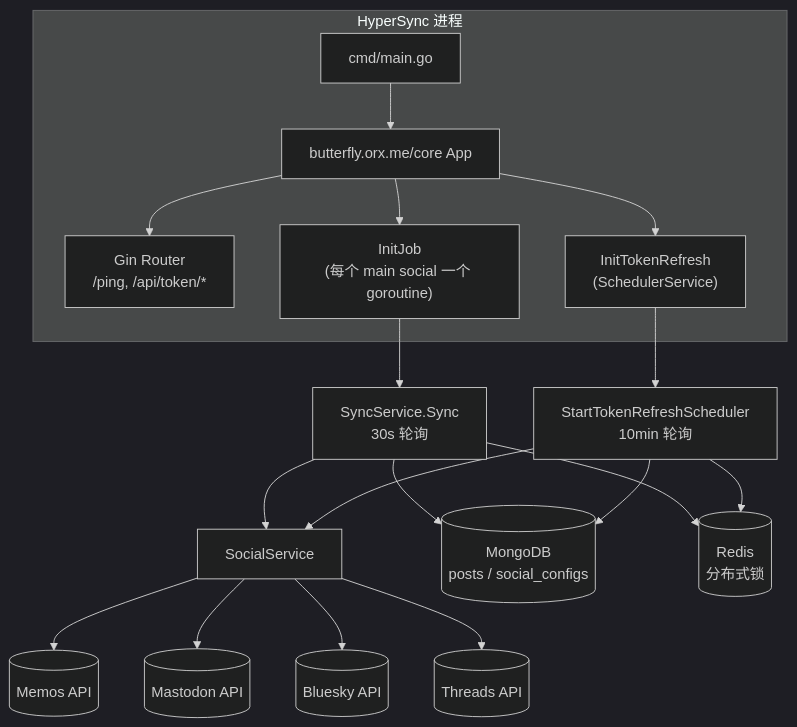
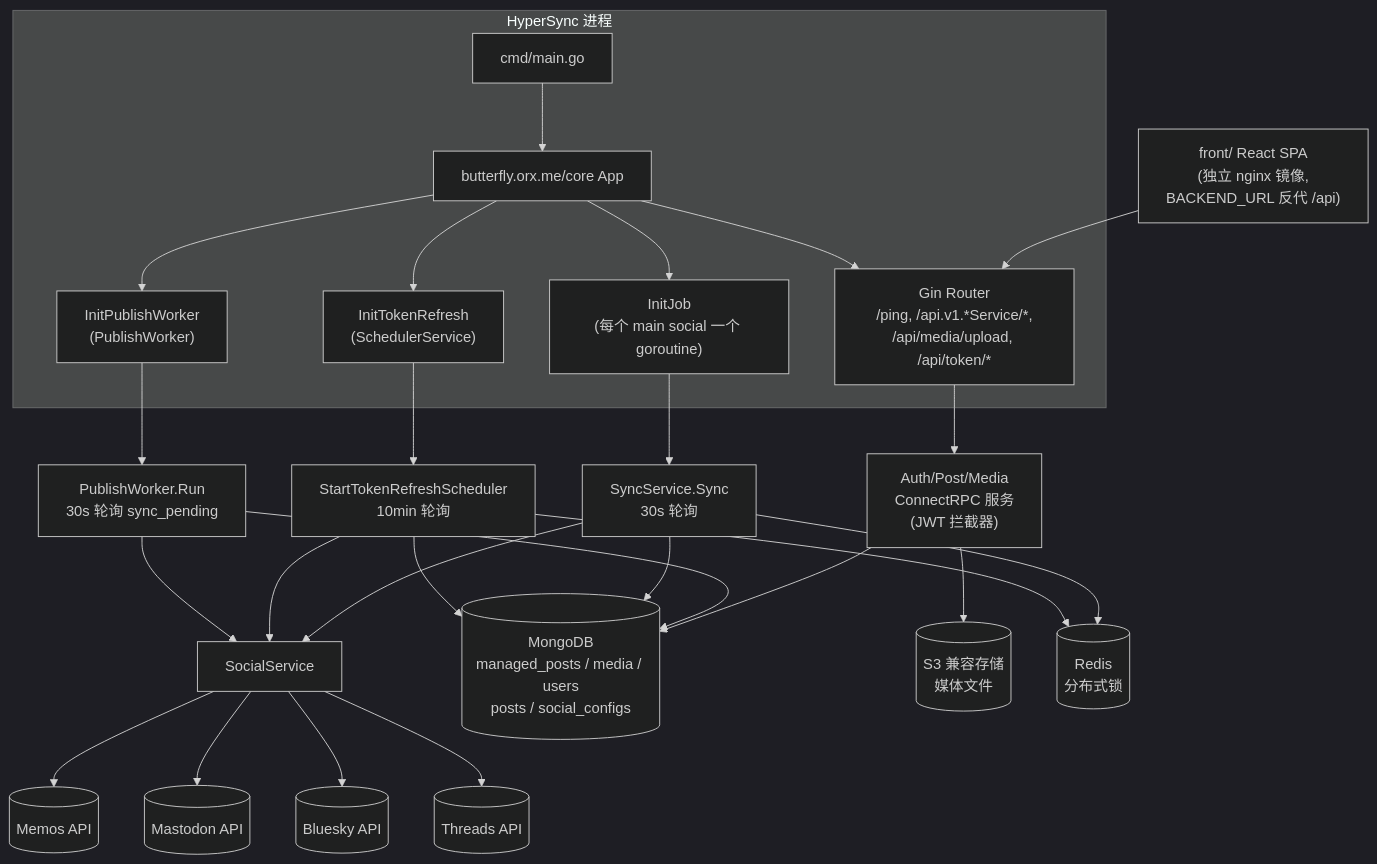
One commit to orvice/HyperSync changed the first of 2 diagrams in docs/architecture.md. Above: the diagram before and after it, drawn with Mermaid (dark theme). The commit also changed other lines of this file and 108 other files, not shown here.

First line of the commit message:
feat: Post management with multi-platform sync and frontend (#20)

````diff
--- a/docs/architecture.md
+++ b/docs/architecture.md
@@ -9,31 +9,41 @@
 ```mermaid
 graph TD
     subgraph Process["HyperSync 进程"]
         Main["cmd/main.go"]
         Core["butterfly.orx.me/core App"]
-        HTTP["Gin Router<br/>/ping, /api/token/*"]
+        HTTP["Gin Router<br/>/ping, /api.v1.*Service/*,<br/>/api/media/upload, /api/token/*"]
         Job["InitJob<br/>(每个 main social 一个 goroutine)"]
         Refresh["InitTokenRefresh<br/>(SchedulerService)"]
+        PubW["InitPublishWorker<br/>(PublishWorker)"]
     end
+
+    Front["front/ React SPA<br/>(独立 nginx 镜像,<br/>BACKEND_URL 反代 /api)"] --> HTTP
 
     Main --> Core
     Core --> HTTP
     Core --> Job
     Core --> Refresh
+    Core --> PubW
 
+    HTTP --> RPC["Auth/Post/Media<br/>ConnectRPC 服务<br/>(JWT 拦截器)"]
     Job --> Sync["SyncService.Sync<br/>30s 轮询"]
     Refresh --> Sched["StartTokenRefreshScheduler<br/>10min 轮询"]
+    PubW --> Pub["PublishWorker.Run<br/>30s 轮询 sync_pending"]
 
     Sync --> SocSvc["SocialService"]
     Sched --> SocSvc
+    Pub --> SocSvc
 
     SocSvc --> Memos[("Memos API")]
     SocSvc --> Masto[("Mastodon API")]
     SocSvc --> BS[("Bluesky API")]
     SocSvc --> TH[("Threads API")]
 
-    Sync --> Mongo[("MongoDB<br/>posts / social_configs")]
+    RPC --> Mongo[("MongoDB<br/>managed_posts / media / users<br/>posts / social_configs")]
+    RPC --> S3[("S3 兼容存储<br/>媒体文件")]
+    Pub --> Mongo
+    Sync --> Mongo
     Sched --> Mongo
     Sync --> Redis[("Redis<br/>分布式锁")]
     Sched --> Redis
 ```
````
